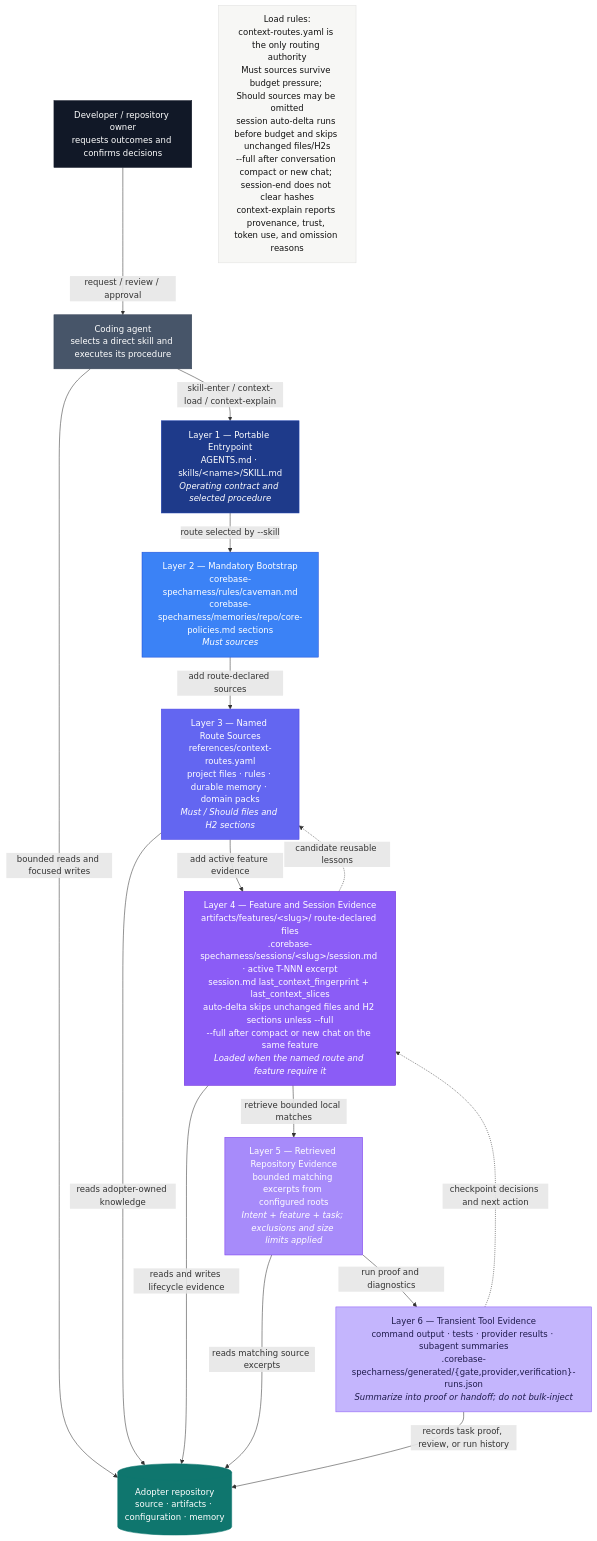
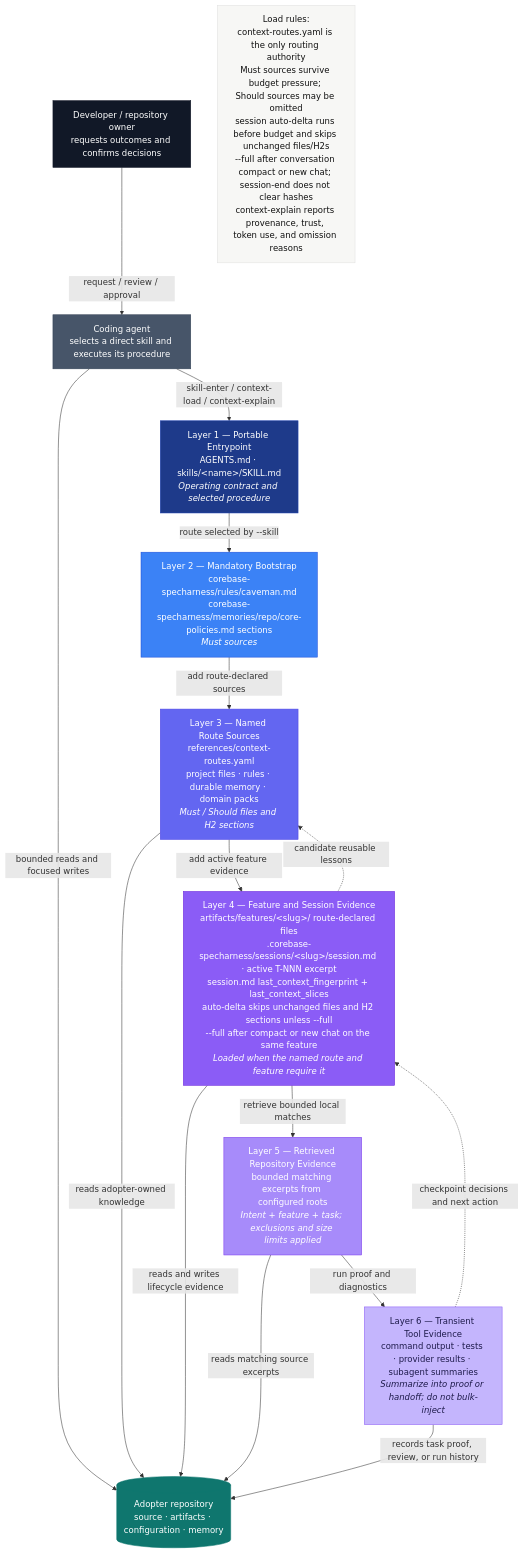
One commit to thaihai-swe/corebase-specharness changed the diagram in documents/diagrams/source/architecture/context-stack.mmd. Above: the diagram before and after it, drawn with Mermaid. The commit also changed 42 other files, not shown here.

```diff
--- a/documents/diagrams/source/architecture/context-stack.mmd
+++ b/documents/diagrams/source/architecture/context-stack.mmd
@@ -1,51 +1,51 @@
 flowchart TB
     %% CoreBase SpecHarness Context Stack — implementation authority:
     %% ARCHITECTURE.md §3.2, context_engine.py, context-routes.yaml, harness-config.yaml
     %% Palette: documents/diagrams/source/_shared/palette.md
 
     DEV["Developer / repository owner<br/>requests outcomes and confirms decisions"]:::actor
     AGENT["Coding agent<br/>selects a direct skill and executes its procedure"]:::agent
     REPO[("Adopter repository<br/>source · artifacts · configuration · memory")]:::repository
 
     DEV -->|request / review / approval| AGENT
     AGENT -->|bounded reads and focused writes| REPO
 
     T1["Layer 1 — Portable Entrypoint<br/>AGENTS.md · skills/&lt;name&gt;/SKILL.md<br/><em>Operating contract and selected procedure</em>"]:::t1
     T2["Layer 2 — Mandatory Bootstrap<br/>corebase-specharness/rules/caveman.md<br/>corebase-specharness/memories/repo/core-policies.md sections<br/><em>Must sources</em>"]:::t2
     T3["Layer 3 — Named Route Sources<br/>references/context-routes.yaml<br/>project files · rules · durable memory · domain packs<br/><em>Must / Should files and H2 sections</em>"]:::t3
     T4["Layer 4 — Feature and Session Evidence<br/>artifacts/features/&lt;slug&gt;/ route-declared files<br/>.corebase-specharness/sessions/&lt;slug&gt;/session.md · active T-NNN excerpt<br/>session.md last_context_fingerprint + last_context_slices<br/>auto-delta skips unchanged files and H2 sections unless --full<br/>--full after compact or new chat on the same feature<br/><em>Loaded when the named route and feature require it</em>"]:::t4
     T5["Layer 5 — Retrieved Repository Evidence<br/>bounded matching excerpts from configured roots<br/><em>Intent + feature + task; exclusions and size limits applied</em>"]:::t5
-    T6["Layer 6 — Transient Tool Evidence<br/>command output · tests · provider results · subagent summaries<br/>.corebase-specharness/generated/{gate,provider,verification}-runs.json<br/><em>Summarize into proof or handoff; do not bulk-inject</em>"]:::t6
+    T6["Layer 6 — Transient Tool Evidence<br/>command output · tests · provider results · subagent summaries<br/><em>Summarize into proof or handoff; do not bulk-inject</em>"]:::t6
 
     T1 -->|route selected by --skill| T2
     T2 -->|add route-declared sources| T3
     T3 -->|add active feature evidence| T4
     T4 -->|retrieve bounded local matches| T5
     T5 -->|run proof and diagnostics| T6
 
     AGENT -->|skill-enter / context-load / context-explain| T1
     T3 -->|reads adopter-owned knowledge| REPO
     T4 -->|reads and writes lifecycle evidence| REPO
     T5 -->|reads matching source excerpts| REPO
     T6 -->|records task proof, review, or run history| REPO
 
     T6 -.->|checkpoint decisions and next action| T4
     T4 -.->|candidate reusable lessons| T3
 
     LOAD["Load rules:<br/>context-routes.yaml is the only routing authority<br/>Must sources survive budget pressure; Should sources may be omitted<br/>session auto-delta runs before budget and skips unchanged files/H2s<br/>--full after conversation compact or new chat; session-end does not clear hashes<br/>context-explain reports provenance, trust, token use, and omission reasons"]:::note
 
     classDef default fill:#f7f7f5,stroke:#e0e0e0,color:#111
     classDef t1 fill:#1e3a8a,stroke:#1e40af,color:#fff
     classDef t2 fill:#3b82f6,stroke:#1d4ed8,color:#fff
     classDef t3 fill:#6366f1,stroke:#4f46e5,color:#fff
     classDef t4 fill:#8b5cf6,stroke:#6d28d9,color:#fff
     classDef t5 fill:#a78bfa,stroke:#7c3aed,color:#fff
     classDef t6 fill:#c4b5fd,stroke:#8b5cf6,color:#1e1b4b
     classDef note fill:#f7f7f5,stroke:#e0e0e0,color:#111
     classDef actor fill:#111827,stroke:#111827,color:#fff
     classDef agent fill:#475569,stroke:#334155,color:#fff
     classDef repository fill:#0f766e,stroke:#0f766e,color:#fff
 
     class DEV actor
     class AGENT agent
     class REPO repository
```
